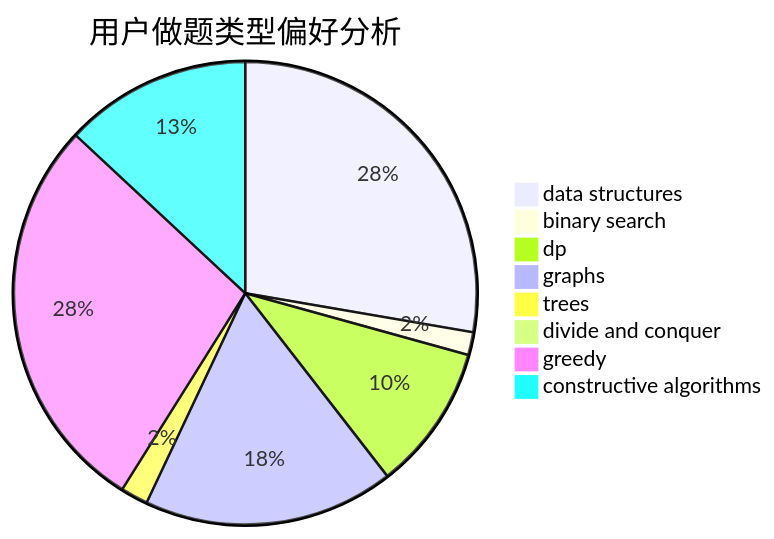
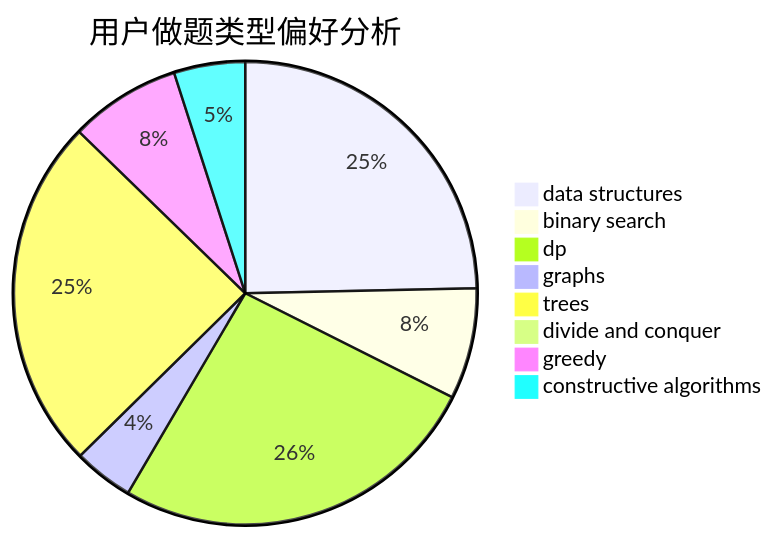
The second of 3 diagrams in docs/user/u362.md (sherpahu/cfrs.github.io), drawn with Mermaid before and after one commit. The commit also changed other lines of this file and 2770 other files, not shown here.

````diff
--- a/docs/user/u362.md
+++ b/docs/user/u362.md
@@ -23,11 +23,11 @@
 ```mermaid
 pie title 用户做题类型偏好分析
-    "data structures" :  87
-    "binary search" :  5
-    "dp" :  32
-    "graphs" :  55
-    "trees" :  6
-    "divide and conquer" :  0
-    "greedy" :  88
-    "constructive algorithms" :  41
+    "data structures" :  124
+    "binary search" :  39
+    "dp" :  131
+    "graphs" :  21
+    "trees" :  124
+    "divide and conquer" :  3
+    "greedy" :  39
+    "constructive algorithms" :  25
 ```
````
